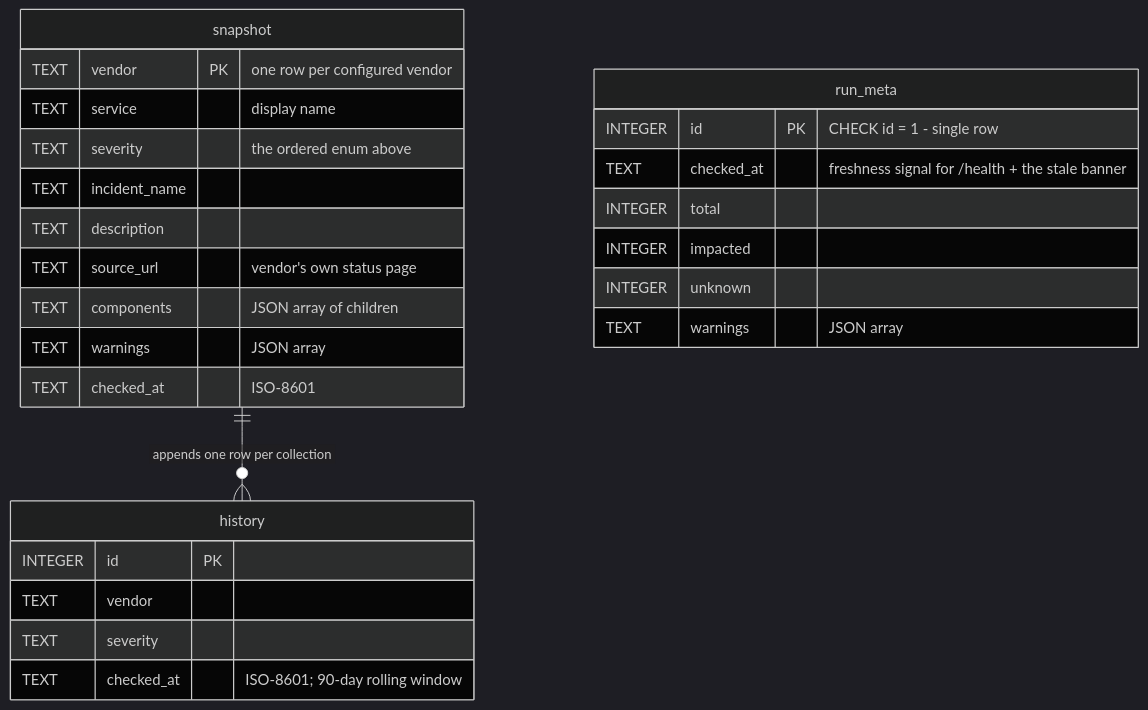
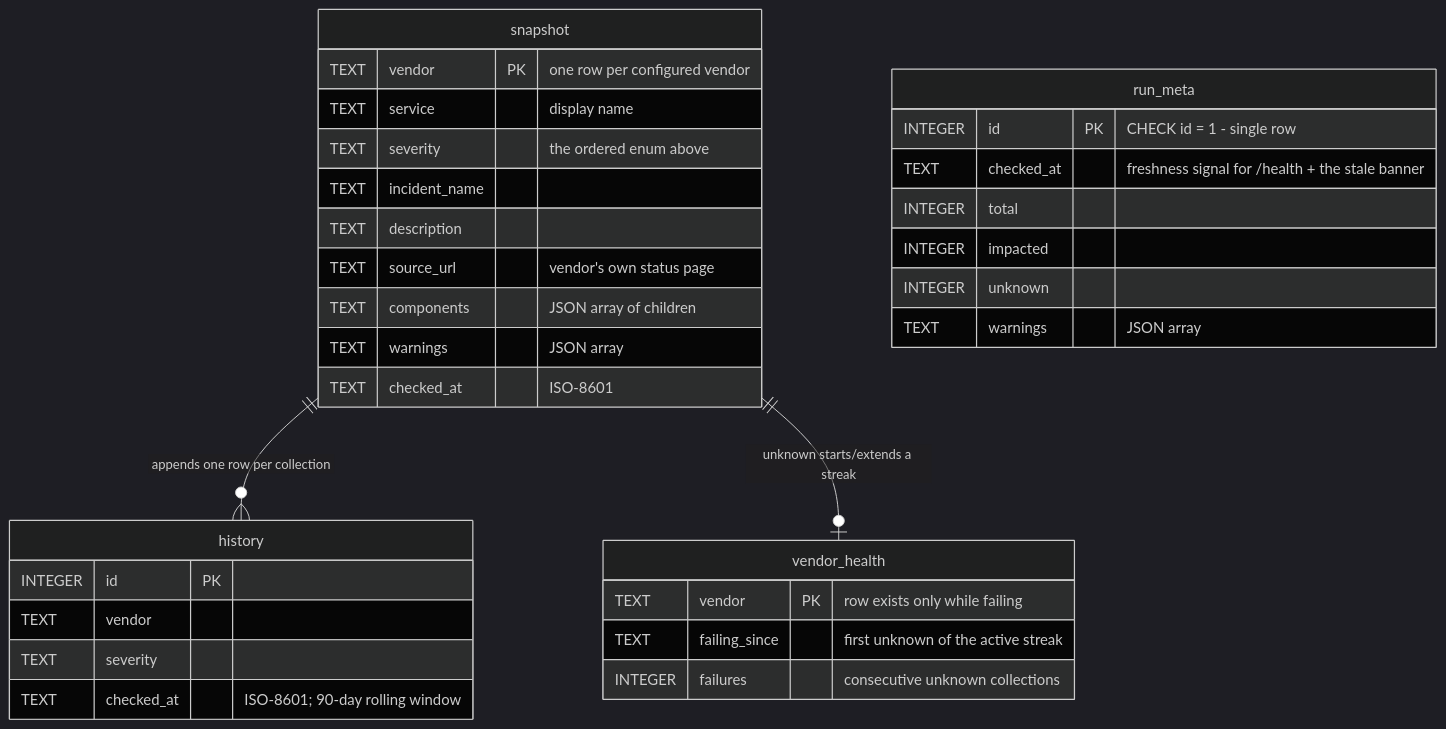
Before and after one commit to bjgreenberg/vendor-dashboard: the second of 2 diagrams in README.md, drawn with Mermaid (dark theme). The commit also changed other lines of this file and 10 other files, not shown here.

````diff
--- a/README.md
+++ b/README.md
@@ -130,29 +135,35 @@
 ```mermaid
 erDiagram
     snapshot {
         TEXT vendor PK "one row per configured vendor"
         TEXT service "display name"
         TEXT severity "the ordered enum above"
         TEXT incident_name
         TEXT description
         TEXT source_url "vendor's own status page"
         TEXT components "JSON array of children"
         TEXT warnings "JSON array"
         TEXT checked_at "ISO-8601"
     }
     history {
         INTEGER id PK
         TEXT vendor
         TEXT severity
         TEXT checked_at "ISO-8601; 90-day rolling window"
     }
     run_meta {
         INTEGER id PK "CHECK id = 1 - single row"
         TEXT checked_at "freshness signal for /health + the stale banner"
         INTEGER total
         INTEGER impacted
         INTEGER unknown
         TEXT warnings "JSON array"
     }
+    vendor_health {
+        TEXT vendor PK "row exists only while failing"
+        TEXT failing_since "first unknown of the active streak"
+        INTEGER failures "consecutive unknown collections"
+    }
     snapshot ||--o{ history : "appends one row per collection"
+    snapshot ||--o| vendor_health : "unknown starts/extends a streak"
 ```
````
